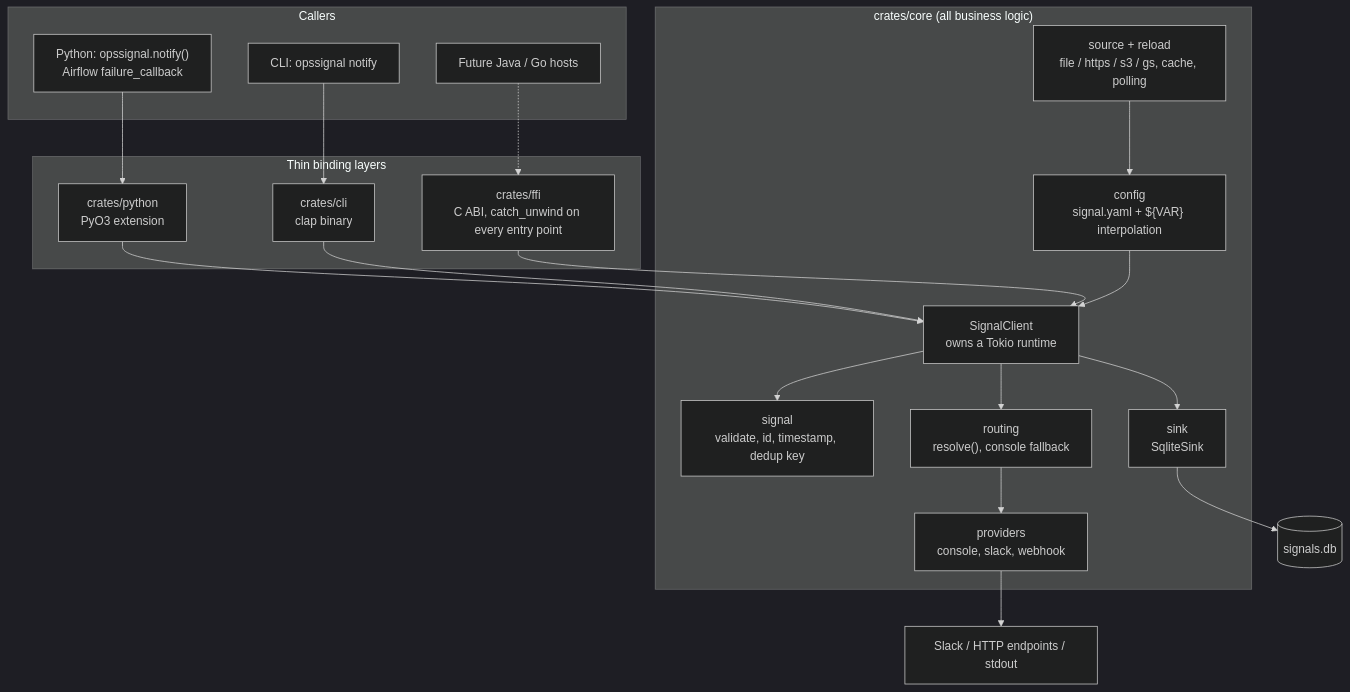
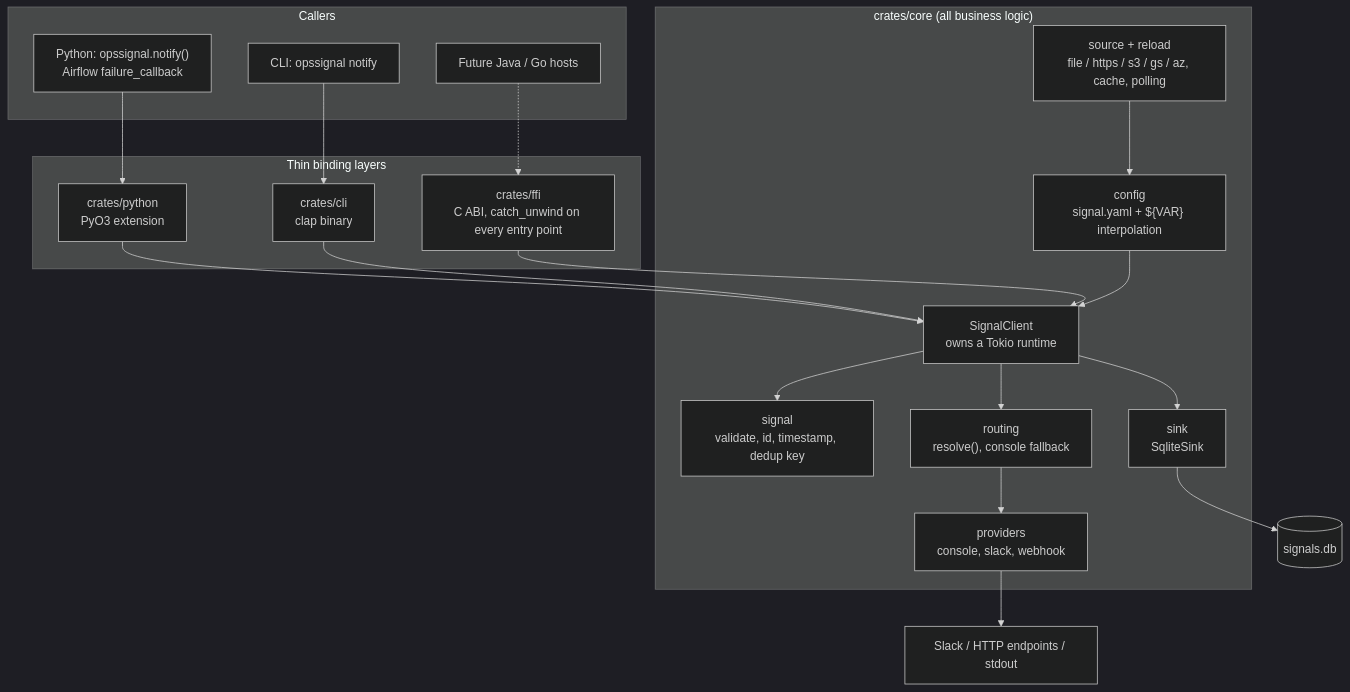
One commit to adithyapathipaka/OpsSignal changed the first of 2 diagrams in docs/ARCHITECTURE.md. Above: the diagram before and after it, drawn with Mermaid (dark theme). The commit also changed other lines of this file and 11 other files, not shown here.

````diff
--- a/docs/ARCHITECTURE.md
+++ b/docs/ARCHITECTURE.md
@@ -9,39 +9,39 @@
 ```mermaid
 flowchart TB
     subgraph callers[Callers]
         PY["Python: opssignal.notify()<br/>Airflow failure_callback"]
         CLI["CLI: opssignal notify"]
         HOST["Future Java / Go hosts"]
     end
 
     subgraph bindings[Thin binding layers]
         PYO3["crates/python<br/>PyO3 extension"]
         CLIC["crates/cli<br/>clap binary"]
         FFI["crates/ffi<br/>C ABI, catch_unwind on every entry point"]
     end
 
     subgraph core["crates/core (all business logic)"]
-        SRC["source + reload<br/>file / https / s3 / gs, cache, polling"]
+        SRC["source + reload<br/>file / https / s3 / gs / az, cache, polling"]
         CFG["config<br/>signal.yaml + ${VAR} interpolation"]
         CLIENT["SignalClient<br/>owns a Tokio runtime"]
         VAL["signal<br/>validate, id, timestamp, dedup key"]
         ROUTE["routing<br/>resolve(), console fallback"]
         PROV["providers<br/>console, slack, webhook"]
         SINK["sink<br/>SqliteSink"]
     end
 
     PY --> PYO3
     CLI --> CLIC
     HOST -.-> FFI
     PYO3 --> CLIENT
     CLIC --> CLIENT
     FFI --> CLIENT
     SRC --> CFG
     CFG --> CLIENT
     CLIENT --> VAL
     CLIENT --> ROUTE
     ROUTE --> PROV
     CLIENT --> SINK
     PROV --> EXT["Slack / HTTP endpoints / stdout"]
     SINK --> DB[("signals.db")]
 ```
````
